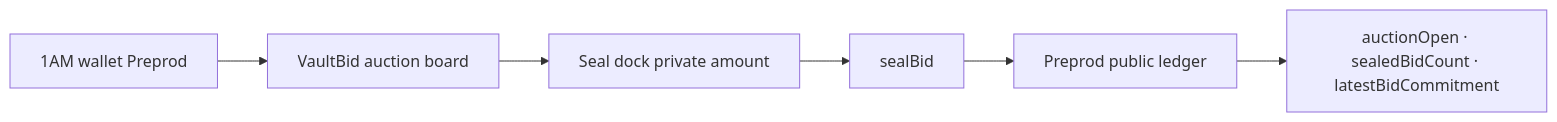
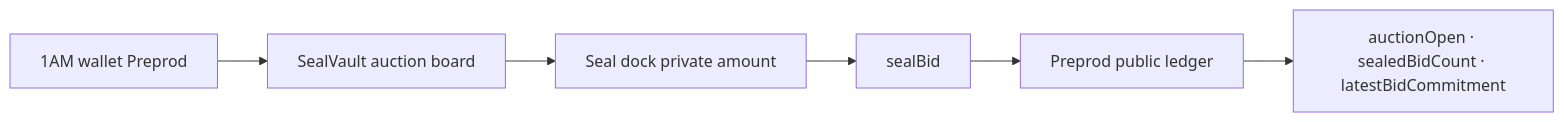
One commit to nikkunjtayal/seal-vault changed the diagram in README.md. Above: the diagram before and after it, drawn with Mermaid. The commit also changed other lines of this file and 61 other files, not shown here.

Commit message:
refactor: rebrand VaultBid to SealVault across product and paths

````diff
--- a/README.md
+++ b/README.md
@@ -118,13 +118,13 @@
 ```mermaid
 flowchart LR
   Wallet[1AM wallet Preprod]
-  Board[VaultBid auction board]
+  Board[SealVault auction board]
   Dock[Seal dock private amount]
   Circuit[sealBid]
   Ledger[Preprod public ledger]
   Wallet --> Board
   Board --> Dock
   Dock --> Circuit
   Circuit --> Ledger
   Ledger --> Public["auctionOpen · sealedBidCount · latestBidCommitment"]
 ```
````
